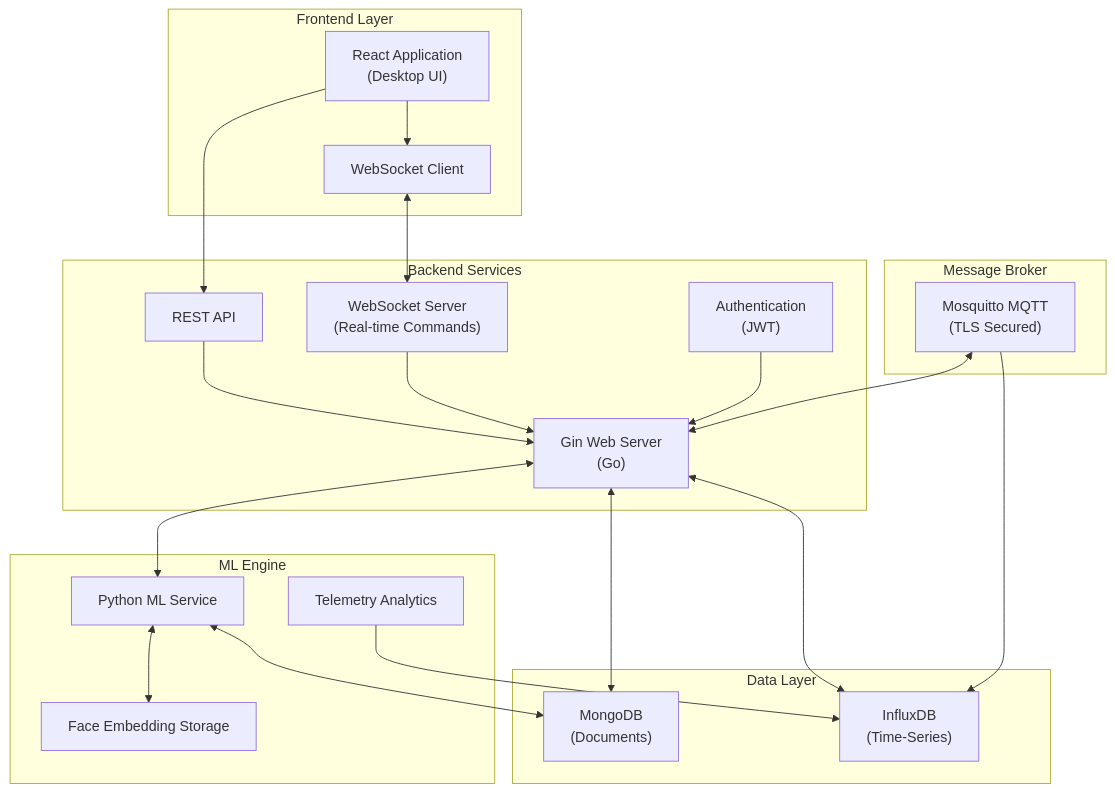
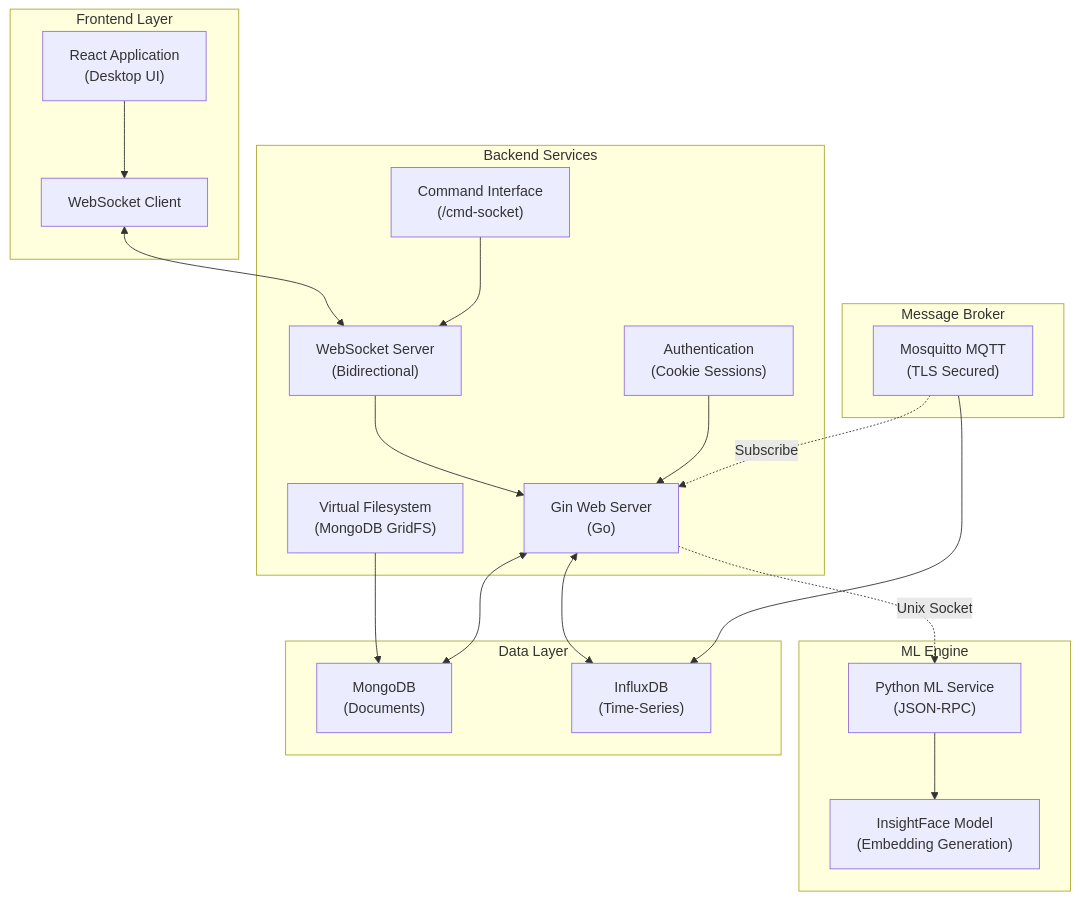
Before and after one commit to jeremiafourie/cogniflight-edge: the second of 3 diagrams in docs/presentation-structure.md, drawn with Mermaid. The commit also changed other lines of this file, not shown here.

````diff
--- a/docs/presentation-structure.md
+++ b/docs/presentation-structure.md
@@ -258,49 +264,45 @@
 ```mermaid
 graph TB
     subgraph Frontend["Frontend Layer"]
         REACT["React Application<br/>(Desktop UI)"]
         WS_CLIENT["WebSocket Client"]
     end
 
     subgraph Backend["Backend Services"]
         GIN["Gin Web Server<br/>(Go)"]
-        AUTH["Authentication<br/>(JWT)"]
-        API["REST API"]
-        WS_SERVER["WebSocket Server<br/>(Real-time Commands)"]
+        AUTH["Authentication<br/>(Cookie Sessions)"]
+        CMD["Command Interface<br/>(/cmd-socket)"]
+        WS_SERVER["WebSocket Server<br/>(Bidirectional)"]
+        GRIDFS["Virtual Filesystem<br/>(MongoDB GridFS)"]
     end
 
     subgraph ML["ML Engine"]
-        PYML["Python ML Service"]
-        EMBED["Face Embedding Storage"]
-        ANALYTICS["Telemetry Analytics"]
+        PYML["Python ML Service<br/>(JSON-RPC)"]
+        INSIGHT["InsightFace Model<br/>(Embedding Generation)"]
     end
 
     subgraph Messaging["Message Broker"]
         MQTT["Mosquitto MQTT<br/>(TLS Secured)"]
     end
 
     subgraph Storage["Data Layer"]
         MONGO["MongoDB<br/>(Documents)"]
         INFLUX["InfluxDB<br/>(Time-Series)"]
     end
 
     REACT --> WS_CLIENT
-    REACT --> API
 
     WS_CLIENT <--> WS_SERVER
-    API --> GIN
     WS_SERVER --> GIN
     AUTH --> GIN
+    CMD --> WS_SERVER
+    GRIDFS --> MONGO
 
     GIN <--> MONGO
     GIN <--> INFLUX
-    GIN <--> PYML
-
-    PYML <--> MONGO
-    PYML <--> EMBED
+    GIN -.Unix Socket.-> PYML
+    PYML --> INSIGHT
 
     MQTT --> INFLUX
-    MQTT <--> GIN
-
-    ANALYTICS --> INFLUX
+    MQTT -.Subscribe.-> GIN
 ```
````
